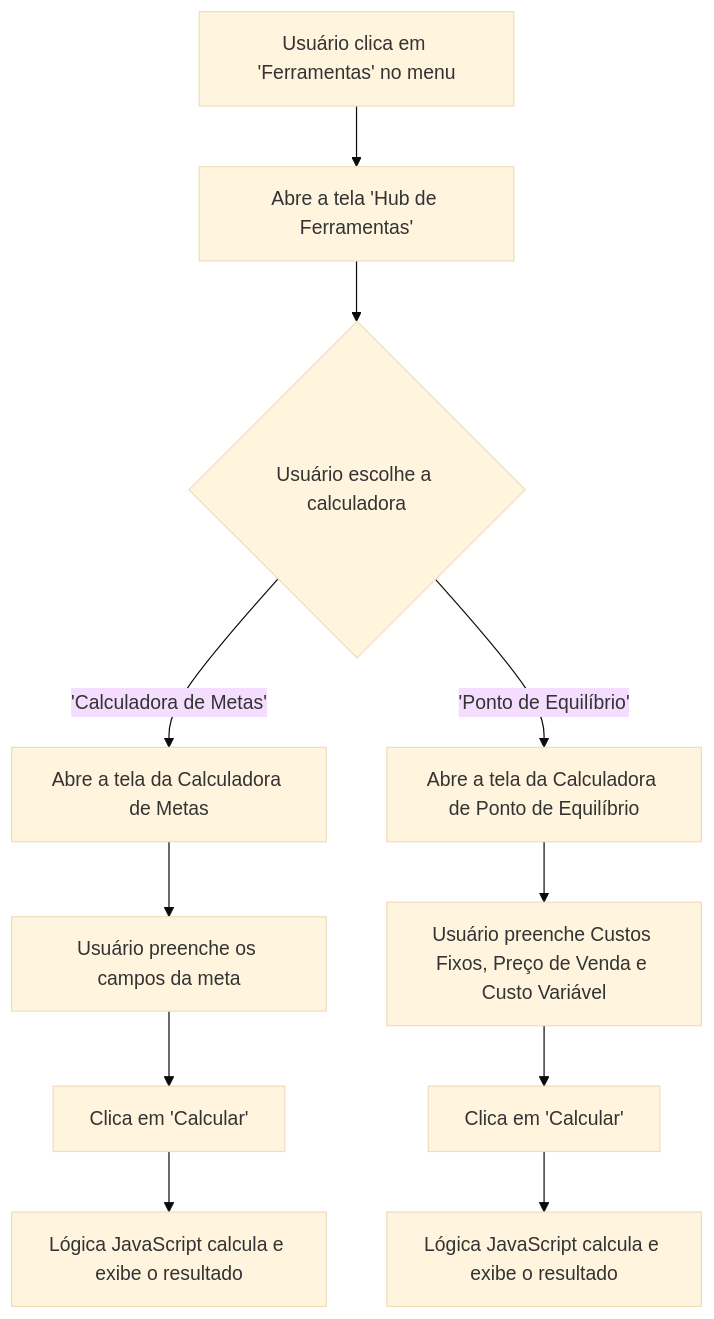
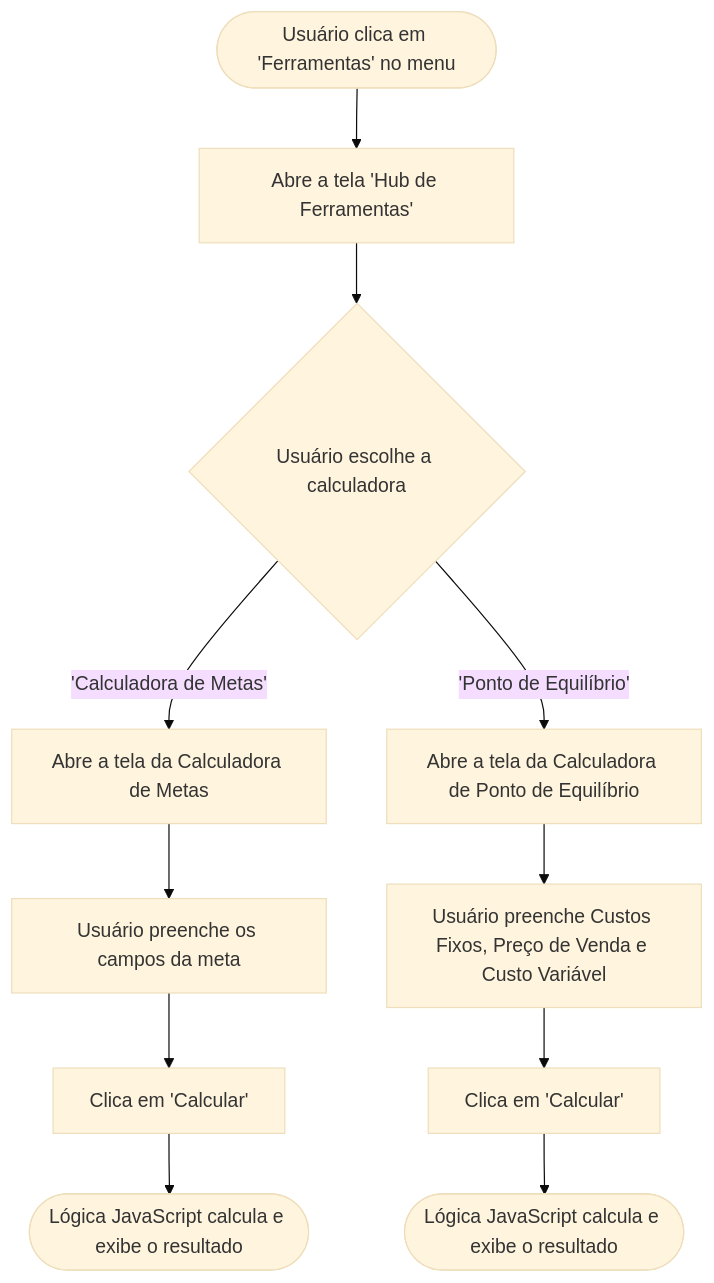
The diagram in docs/requisitos/r15-ferramentas-interativas/Projeto de Interface.md (ICEI-PUC-Minas-PMV-ADS/pmv-ads-2025-2-e2-proj-int-t9-savemoney), drawn with Mermaid (base theme) before and after one commit. The commit also changed 2 other files, not shown here.

Commit message:
fix: standardize flowchart notation in interface documentation

````diff
--- a/docs/requisitos/r15-ferramentas-interativas/Projeto de Interface.md
+++ b/docs/requisitos/r15-ferramentas-interativas/Projeto de Interface.md
@@ -9,15 +9,15 @@
 ```mermaid
 graph TD
-    A[Usuário clica em 'Ferramentas' no menu] --> B[Abre a tela 'Hub de Ferramentas'];
+    A([Usuário clica em 'Ferramentas' no menu]) --> B[Abre a tela 'Hub de Ferramentas'];
     B --> C{Usuário escolhe a calculadora};
     
     C -- 'Calculadora de Metas' --> D[Abre a tela da Calculadora de Metas];
     D --> E[Usuário preenche os campos da meta];
     E --> F[Clica em 'Calcular'];
-    F --> G[Lógica JavaScript calcula e exibe o resultado];
+    F --> G([Lógica JavaScript calcula e exibe o resultado]);
     
     C -- 'Ponto de Equilíbrio' --> H[Abre a tela da Calculadora de Ponto de Equilíbrio];
     H --> I[Usuário preenche Custos Fixos, Preço de Venda e Custo Variável];
     I --> J[Clica em 'Calcular'];
-    J --> K[Lógica JavaScript calcula e exibe o resultado];
+    J --> K([Lógica JavaScript calcula e exibe o resultado]);
 ```
````
